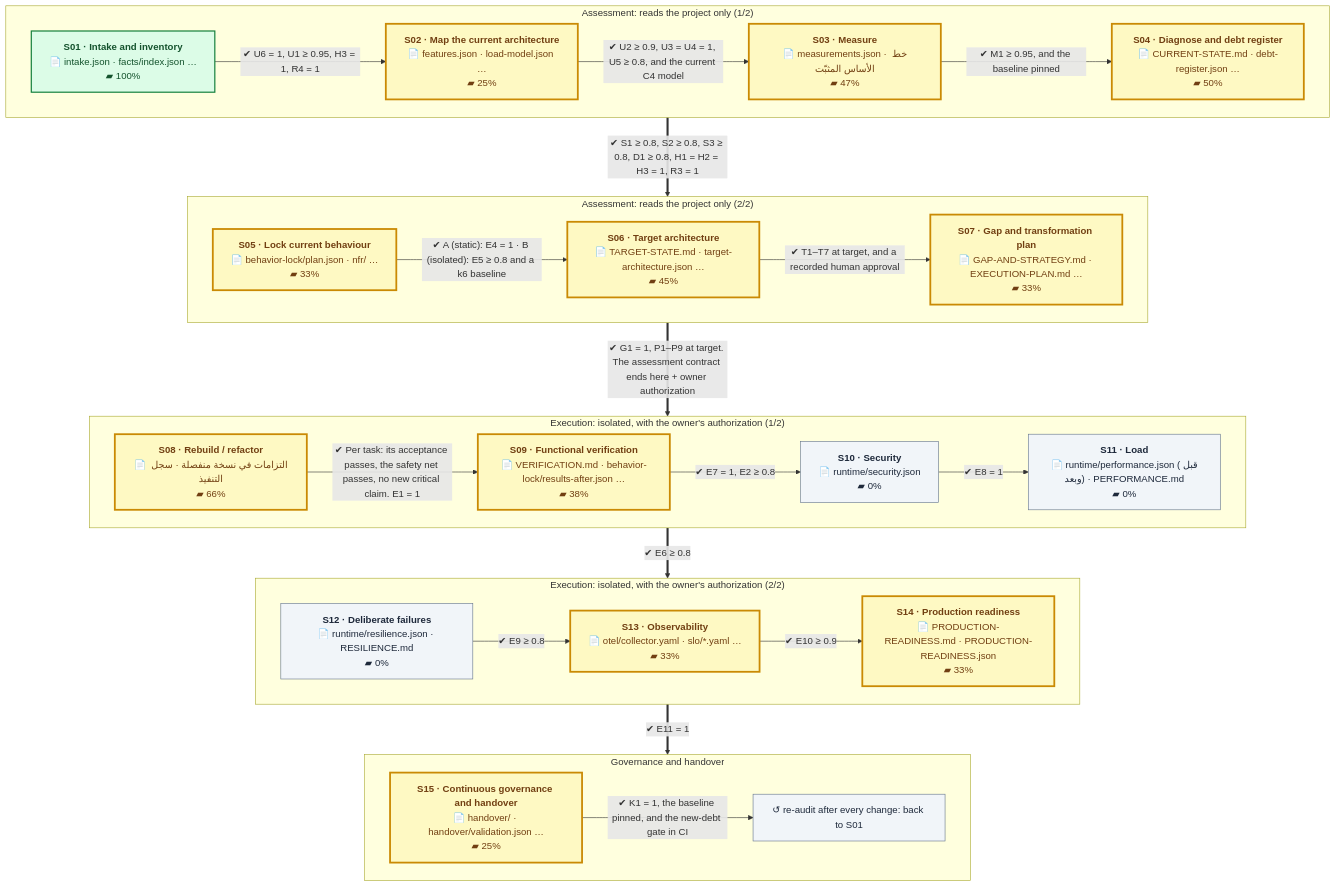
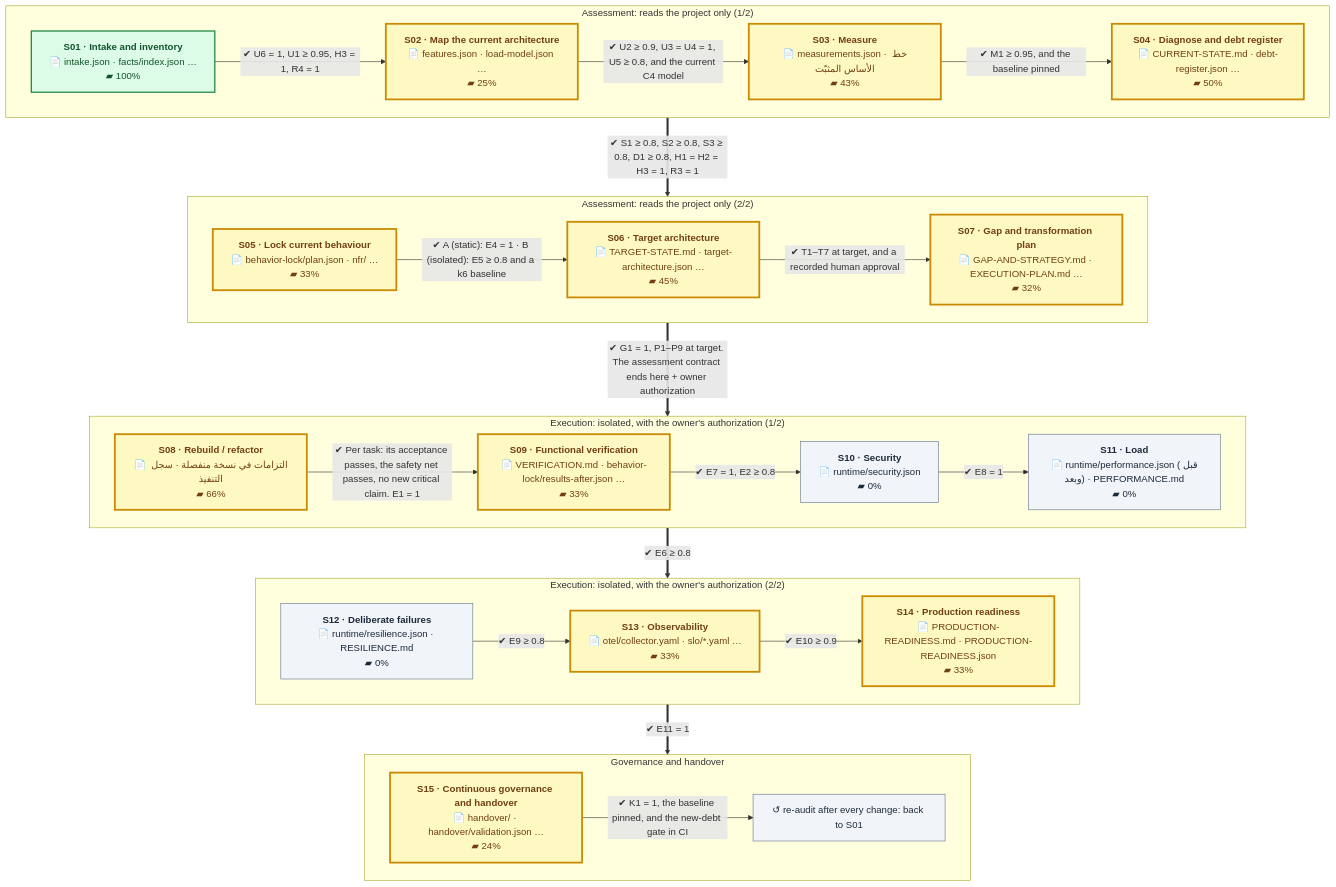
One commit to eom1417/engineering-audit-os changed the first of 2 diagrams in README.en.md. Above: the diagram before and after it, drawn with Mermaid. The commit also changed other lines of this file and 23 other files, not shown here.

````diff
--- a/README.en.md
+++ b/README.en.md
@@ -52,54 +52,54 @@
 ```mermaid
 %%{init: {'flowchart': {'wrappingWidth': 260, 'nodeSpacing': 40, 'rankSpacing': 60}}}%%
 flowchart TB
     subgraph P1["Assessment: reads the project only (1/2)"]
         direction LR
         S01["<b>S01 · Intake and inventory</b><br/>📄 intake.json · facts/index.json …<br/>▰ 100%"]:::done
         S02["<b>S02 · Map the current architecture</b><br/>📄 features.json · load-model.json …<br/>▰ 25%"]:::current
-        S03["<b>S03 · Measure</b><br/>📄 measurements.json · خط الأساس المثبّت<br/>▰ 47%"]:::current
+        S03["<b>S03 · Measure</b><br/>📄 measurements.json · خط الأساس المثبّت<br/>▰ 43%"]:::current
         S04["<b>S04 · Diagnose and debt register</b><br/>📄 CURRENT-STATE.md · debt-register.json …<br/>▰ 50%"]:::current
         S01 -->|"✔ U6 = 1, U1 ≥ 0.95, H3 = 1, R4 = 1"| S02
         S02 -->|"✔ U2 ≥ 0.9, U3 = U4 = 1, U5 ≥ 0.8, and the current C4 model"| S03
         S03 -->|"✔ M1 ≥ 0.95, and the baseline pinned"| S04
     end
     subgraph P2["Assessment: reads the project only (2/2)"]
         direction LR
         S05["<b>S05 · Lock current behaviour</b><br/>📄 behavior-lock/plan.json · nfr/ …<br/>▰ 33%"]:::current
         S06["<b>S06 · Target architecture</b><br/>📄 TARGET-STATE.md · target-architecture.json …<br/>▰ 45%"]:::current
-        S07["<b>S07 · Gap and transformation plan</b><br/>📄 GAP-AND-STRATEGY.md · EXECUTION-PLAN.md …<br/>▰ 33%"]:::current
+        S07["<b>S07 · Gap and transformation plan</b><br/>📄 GAP-AND-STRATEGY.md · EXECUTION-PLAN.md …<br/>▰ 32%"]:::current
         S05 -->|"✔ A (static): E4 = 1 · B (isolated): E5 ≥ 0.8 and a k6 baseline"| S06
         S06 -->|"✔ T1–T7 at target, and a recorded human approval"| S07
     end
     subgraph P3["Execution: isolated, with the owner's authorization (1/2)"]
         direction LR
         S08["<b>S08 · Rebuild / refactor</b><br/>📄 التزامات في نسخة منفصلة · سجل التنفيذ<br/>▰ 66%"]:::current
-        S09["<b>S09 · Functional verification</b><br/>📄 VERIFICATION.md · behavior-lock/results-after.json …<br/>▰ 38%"]:::current
+        S09["<b>S09 · Functional verification</b><br/>📄 VERIFICATION.md · behavior-lock/results-after.json …<br/>▰ 33%"]:::current
         S10["<b>S10 · Security</b><br/>📄 runtime/security.json<br/>▰ 0%"]:::next
         S11["<b>S11 · Load</b><br/>📄 runtime/performance.json (قبل وبعد) · PERFORMANCE.md<br/>▰ 0%"]:::next
         S08 -->|"✔ Per task: its acceptance passes, the safety net passes, no new critical claim. E1 = 1"| S09
         S09 -->|"✔ E7 = 1, E2 ≥ 0.8"| S10
         S10 -->|"✔ E8 = 1"| S11
     end
     subgraph P4["Execution: isolated, with the owner's authorization (2/2)"]
         direction LR
         S12["<b>S12 · Deliberate failures</b><br/>📄 runtime/resilience.json · RESILIENCE.md<br/>▰ 0%"]:::next
         S13["<b>S13 · Observability</b><br/>📄 otel/collector.yaml · slo/*.yaml …<br/>▰ 33%"]:::current
         S14["<b>S14 · Production readiness</b><br/>📄 PRODUCTION-READINESS.md · PRODUCTION-READINESS.json<br/>▰ 33%"]:::current
         S12 -->|"✔ E9 ≥ 0.8"| S13
         S13 -->|"✔ E10 ≥ 0.9"| S14
     end
     subgraph P5["Governance and handover"]
         direction LR
-        S15["<b>S15 · Continuous governance and handover</b><br/>📄 handover/ · handover/validation.json …<br/>▰ 25%"]:::current
+        S15["<b>S15 · Continuous governance and handover</b><br/>📄 handover/ · handover/validation.json …<br/>▰ 24%"]:::current
         LOOP["↺ re-audit after every change: back to S01"]:::next
         S15 -->|"✔ K1 = 1, the baseline pinned, and the new-debt gate in CI"| LOOP
     end
     P1 ==>|"✔ S1 ≥ 0.8, S2 ≥ 0.8, S3 ≥ 0.8, D1 ≥ 0.8, H1 = H2 = H3 = 1, R3 = 1"| P2
     P2 ==>|"✔ G1 = 1, P1–P9 at target. The assessment contract ends here + owner authorization"| P3
     P3 ==>|"✔ E6 ≥ 0.8"| P4
     P4 ==>|"✔ E11 = 1"| P5
     classDef done fill:#dcfce7,stroke:#15803d,color:#14532d,stroke-width:2px
     classDef current fill:#fef9c3,stroke:#ca8a04,color:#713f12,stroke-width:3px
     classDef next fill:#f1f5f9,stroke:#64748b,color:#1e293b
     classDef owner fill:#fee2e2,stroke:#b91c1c,color:#7f1d1d,stroke-dasharray:5 3
 ```
````
